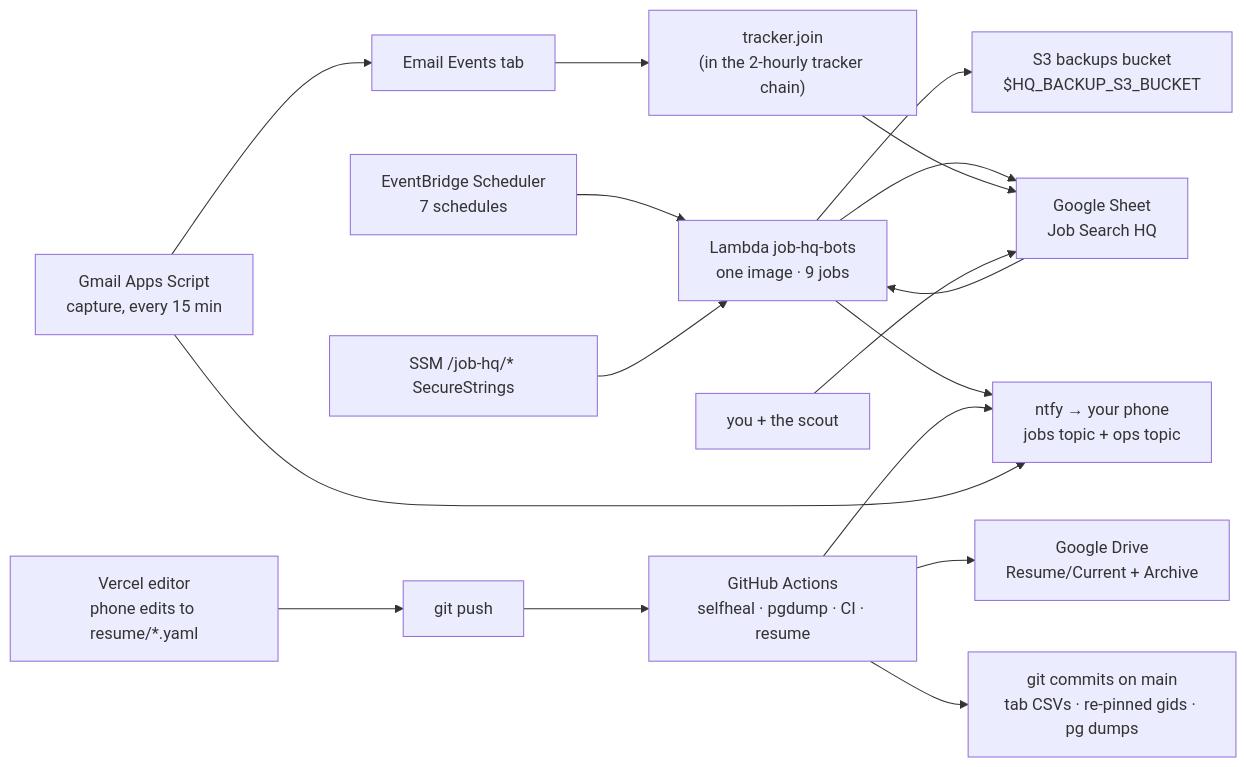
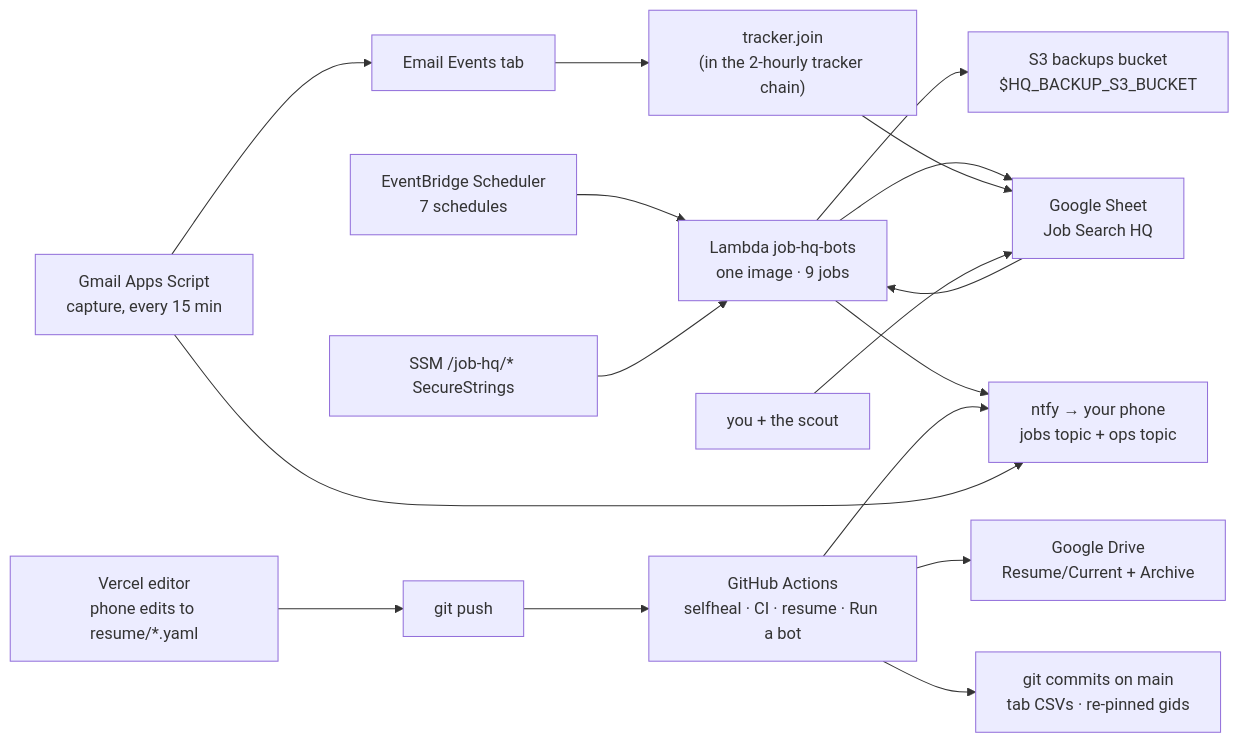
The first of 2 diagrams in docs/SYSTEM.md (s0shaheen/job-hq), drawn with Mermaid before and after one commit. The commit also changed other lines of this file and 24 other files, not shown here.

````diff
--- a/docs/SYSTEM.md
+++ b/docs/SYSTEM.md
@@ -153,17 +169,17 @@
 ```mermaid
 flowchart LR
     EB["EventBridge Scheduler<br/>7 schedules"] --> LAM["Lambda job-hq-bots<br/>one image · 9 jobs"]
     SSM["SSM /job-hq/* SecureStrings"] --> LAM
     LAM --> SHEET["Google Sheet<br/>Job Search HQ"]
     LAM --> S3["S3 backups bucket<br/>$HQ_BACKUP_S3_BUCKET"]
     LAM --> NTFY["ntfy → your phone<br/>jobs topic + ops topic"]
-    ACT["GitHub Actions<br/>selfheal · pgdump · CI · resume"] --> GIT["git commits on main<br/>tab CSVs · re-pinned gids · pg dumps"]
+    ACT["GitHub Actions<br/>selfheal · CI · resume · Run a bot"] --> GIT["git commits on main<br/>tab CSVs · re-pinned gids"]
     ACT --> DRIVE["Google Drive<br/>Resume/Current + Archive"]
     ACT --> NTFY
     GS["Gmail Apps Script<br/>capture, every 15 min"] --> EV["Email Events tab"]
     EV --> JOIN["tracker.join<br/>(in the 2-hourly tracker chain)"] --> SHEET
     GS --> NTFY
     ED["Vercel editor<br/>phone edits to resume/*.yaml"] --> PUSH["git push"] --> ACT
     HUMAN["you + the scout"] --> SHEET
     SHEET --> LAM
 ```
````
